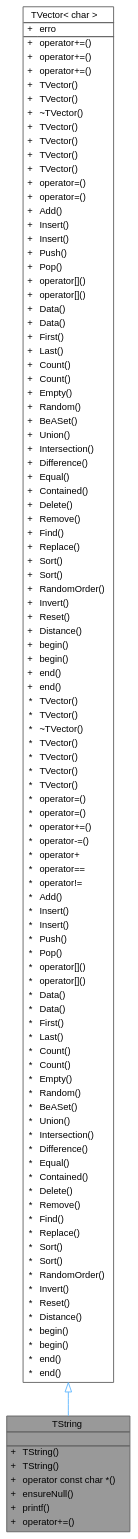
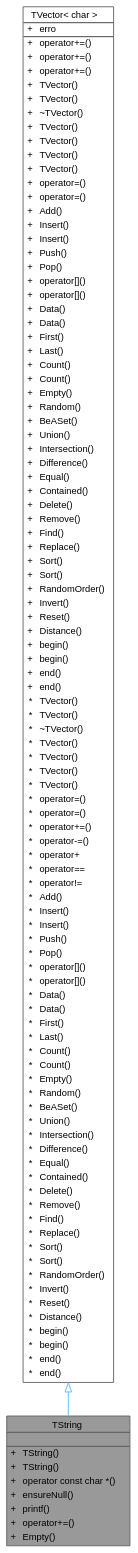
The diagram in classTString__coll__graph.dot (jcoelho72/TProcura), drawn with Graphviz before and after one commit. The commit also changed 289 other files, not shown here.

```diff
--- a/classTString__coll__graph.dot
+++ b/classTString__coll__graph.dot
@@ -14,6 +14,7 @@
 <TR><TD VALIGN="top" CELLPADDING="1" CELLSPACING="0">+</TD><TD VALIGN="top" ALIGN="LEFT" CELLPADDING="1" CELLSPACING="0">ensureNull()<BR ALIGN="LEFT"/></TD></TR>
 <TR><TD VALIGN="top" CELLPADDING="1" CELLSPACING="0">+</TD><TD VALIGN="top" ALIGN="LEFT" CELLPADDING="1" CELLSPACING="0">printf()<BR ALIGN="LEFT"/></TD></TR>
 <TR><TD VALIGN="top" CELLPADDING="1" CELLSPACING="0">+</TD><TD VALIGN="top" ALIGN="LEFT" CELLPADDING="1" CELLSPACING="0">operator+=()<BR ALIGN="LEFT"/></TD></TR>
+<TR><TD VALIGN="top" CELLPADDING="1" CELLSPACING="0">+</TD><TD VALIGN="top" ALIGN="LEFT" CELLPADDING="1" CELLSPACING="0">Empty()<BR ALIGN="LEFT"/></TD></TR>
 </TABLE>>
 ,height=0.2,width=0.4,color="gray40", fillcolor="grey60", style="filled", fontcolor="black",tooltip=" "];
   Node2 -> Node1 [id="edge1_Node000001_Node000002",dir="back",color="steelblue1",style="solid",tooltip=" ",arrowtail="onormal"];
```
